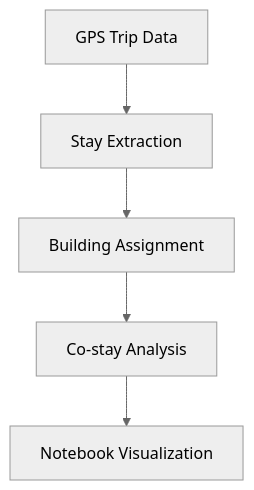
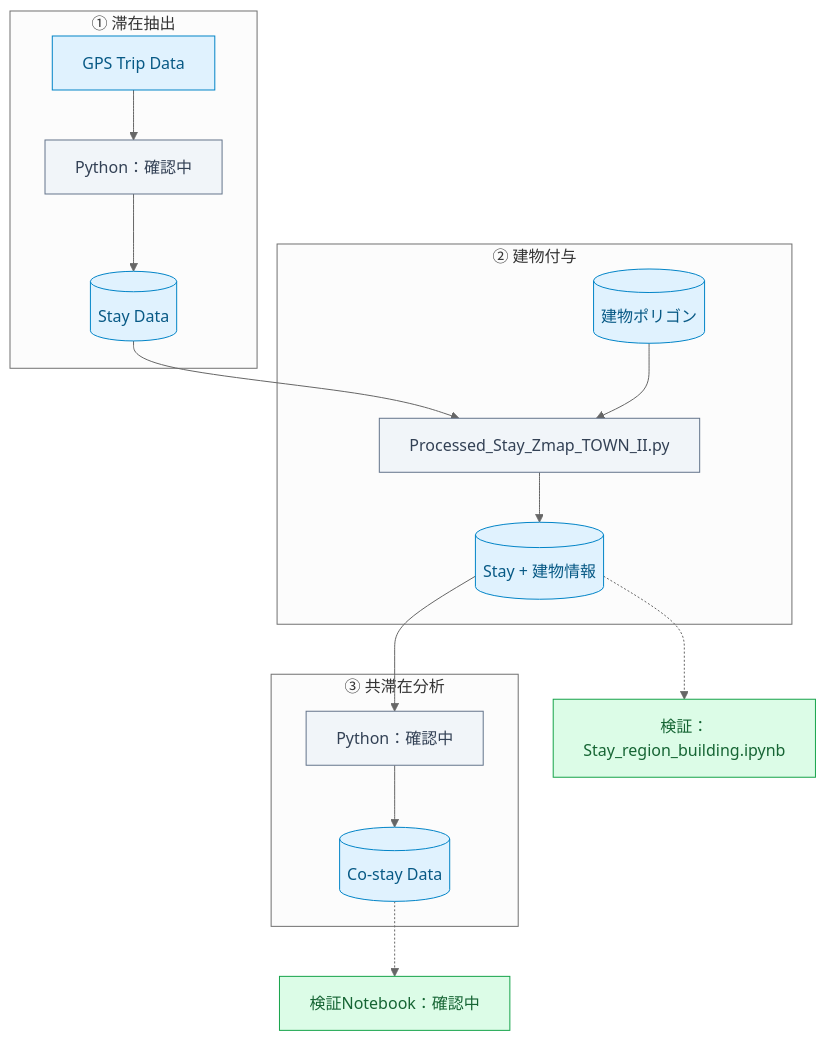
The diagram in docs/01_workflow/index.md (shokiiiiii/gps-research-website), drawn with Mermaid (neutral theme) before and after one commit. The commit also changed other lines of this file, not shown here.

Commit message:
Update analysis workflow diagram

````diff
--- a/docs/01_workflow/index.md
+++ b/docs/01_workflow/index.md
@@ -6,7 +3,33 @@
 ```mermaid
 flowchart TD
-    A["GPS Trip Data"] --> B["Stay Extraction"]
-    B --> C["Building Assignment"]
-    C --> D["Co-stay Analysis"]
-    D --> E["Notebook Visualization"]
+    subgraph S1["① 滞在抽出"]
+        A["GPS Trip Data"] --> B["Python：確認中"]
+        B --> C[("Stay Data")]
+    end
+
+    subgraph S2["② 建物付与"]
+        D[("建物ポリゴン")]
+        E["Processed_Stay_Zmap_TOWN_II.py"]
+        F[("Stay + 建物情報")]
+        C --> E
+        D --> E
+        E --> F
+    end
+
+    subgraph S3["③ 共滞在分析"]
+        G["Python：確認中"]
+        H[("Co-stay Data")]
+        F --> G --> H
+    end
+
+    F -.-> I["検証：Stay_region_building.ipynb"]
+    H -.-> J["検証Notebook：確認中"]
+
+    classDef data fill:#E0F2FE,stroke:#0284C7,color:#075985
+    classDef script fill:#F1F5F9,stroke:#64748B,color:#334155
+    classDef check fill:#DCFCE7,stroke:#16A34A,color:#166534
+
+    class A,C,D,F,H data
+    class B,E,G script
+    class I,J check
 ```
````
